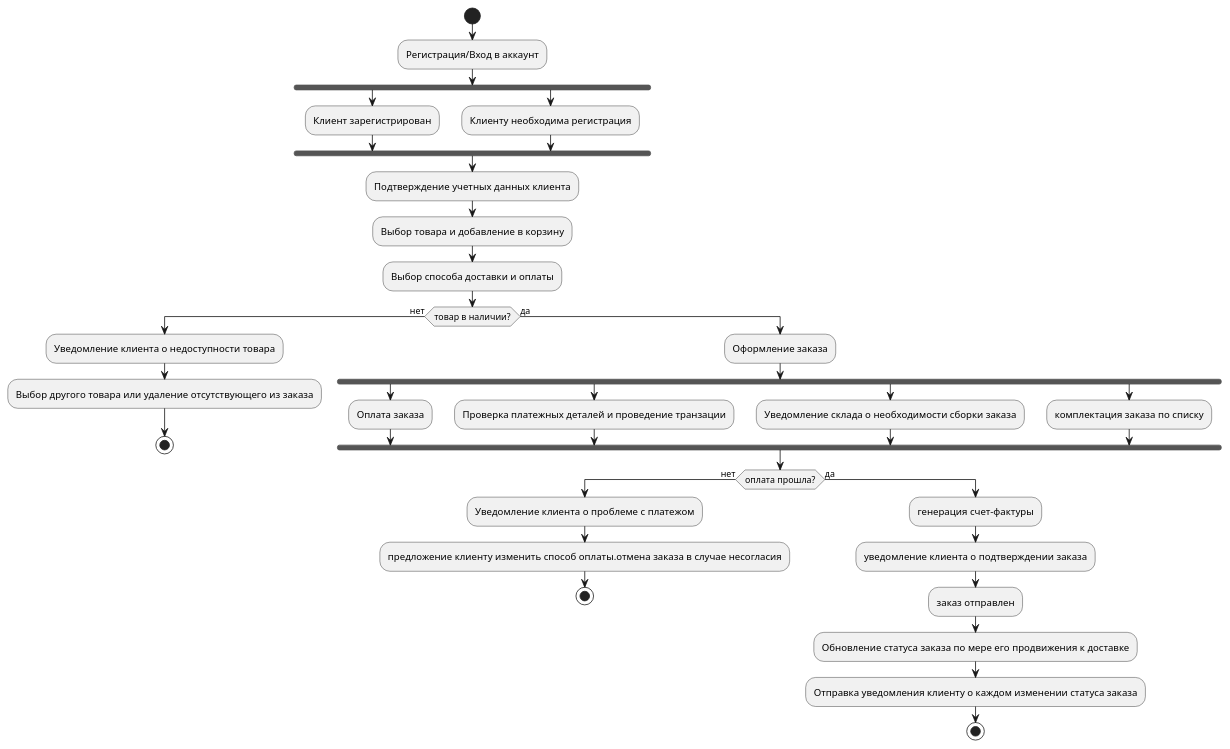
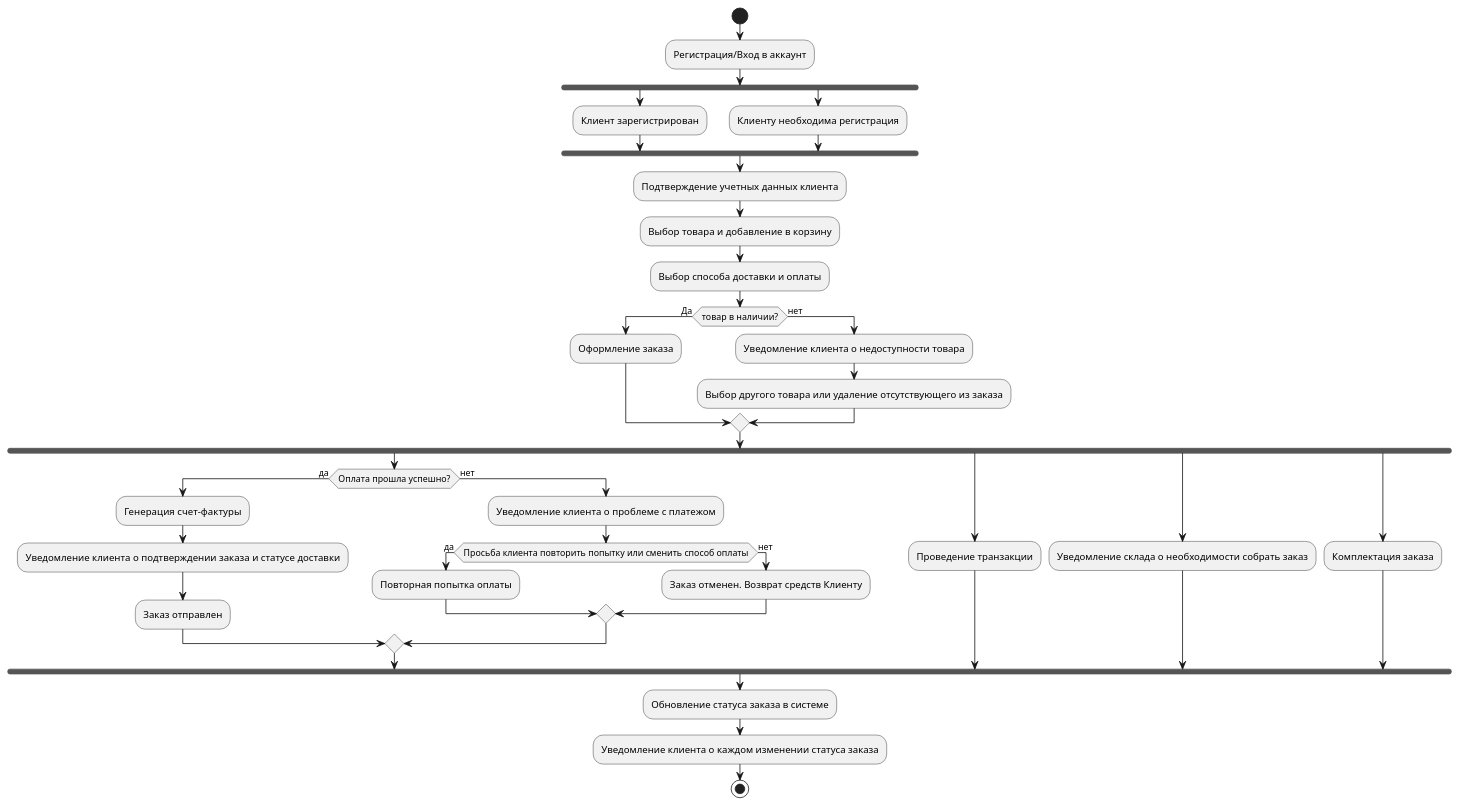
Before and after one commit to cadet155i/umldiagramm: the diagram in test.plantuml, drawn with PlantUML.

Commit message:
Homework3.2_1

```diff
--- a/test.plantuml
+++ b/test.plantuml
@@ -1,38 +1,43 @@
 @startuml And_Xor
     start
     :Регистрация/Вход в аккаунт;
     fork
       :Клиент зарегистрирован;
     fork again
       :Клиенту необходима регистрация;
-      end fork
+    end fork
       :Подтверждение учетных данных клиента;
       :Выбор товара и добавление в корзину;
       :Выбор способа доставки и оплаты; 
-      if(товар в наличии?) then (нет)
+      if(товар в наличии?) then (Да)
+             :Оформление заказа;
+       else (нет)
        :Уведомление клиента о недоступности товара;
        :Выбор другого товара или удаление отсутствующего из заказа;
-       stop
-       else(да)
-       :Оформление заказа;
+       endif
         fork
-        :Оплата заказа;
+         if(Оплата прошла успешно?) then(да)
+         :Генерация счет-фактуры;
+         :Уведомление клиента о подтверждении заказа и статусе доставки;
+         :Заказ отправлен; 
+         else (нет)
+         :Уведомление клиента о проблеме с платежом;
+          if (Просьба клиента повторить попытку или сменить способ оплаты) then (да)
+           :Повторная попытка оплаты;
+           else(нет)
+           :Заказ отменен. Возврат средств Клиенту;
+           endif
+          endif 
         fork again
-        :Проверка платежных деталей и проведение транзации; 
+        :Проведение транзакции;
         fork again
-        :Уведомление склада о необходимости сборки заказа;
+        :Уведомление склада о необходимости собрать заказ;
         fork again
-        :комплектация заказа по списку;
-        end fork
-    if(оплата прошла?) then (нет)
-      :Уведомление клиента о проблеме с платежом;
-      :предложение клиенту изменить способ оплаты.отмена заказа в случае несогласия;
-      stop
-    else(да)
-      :генерация счет-фактуры;
-      :уведомление клиента о подтверждении заказа;
-      :заказ отправлен;
-      :Обновление статуса заказа по мере его продвижения к доставке;
-      :Отправка уведомления клиенту о каждом изменении статуса заказа;
-    stop
+        :Комплектация заказа;
+        end fork   
+        :Обновление статуса заказа в системе;
+        :Уведомление клиента о каждом изменении статуса заказа;
+        stop
+ 
+
 @enduml
```
